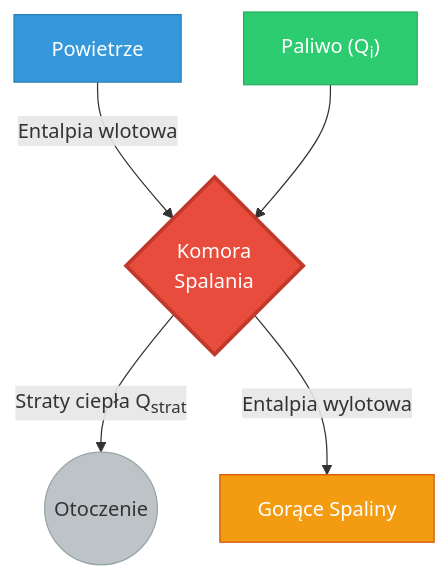
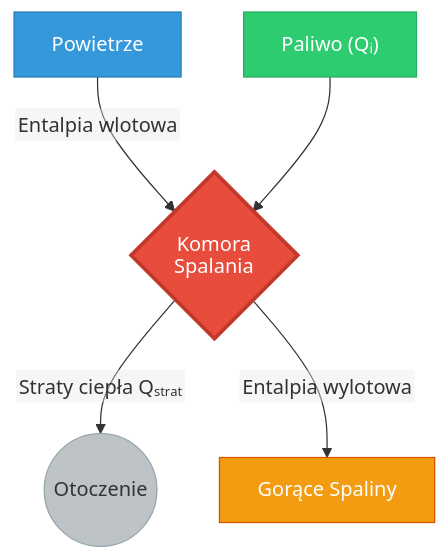
One commit to moondec/Termodynamika changed the second of 2 diagrams in Wyklady/03_I_Zasada_Otwarte.qmd. Above: the diagram before and after it, drawn with Mermaid. The commit also changed other lines of this file and 84 other files, not shown here.

First line of the commit message:
Wykłady: diagramy mermaid bez ucinania i dopasowane do slajdów

````diff
--- a/Wyklady/03_I_Zasada_Otwarte.qmd
+++ b/Wyklady/03_I_Zasada_Otwarte.qmd
@@ -455,14 +458,15 @@
 ```{mermaid}
+%%{init: {'theme': 'default', 'htmlLabels': false, 'flowchart': {'htmlLabels': false, 'wrappingWidth': 400, 'subGraphTitleMargin': {'top': 6, 'bottom': 16}}, 'themeVariables': {'fontSize': '16px', 'fontFamily': 'Arial, Helvetica, sans-serif'}}}%%
 flowchart TB
     A["Powietrze"] -->|Entalpia wlotowa| C
-    B["Paliwo (Q<sub>i</sub>)"] --> C{"Komora<br>Spalania"}
+    B["Paliwo (Qᵢ)"] --> C{"Komora<br>Spalania"}
     
-    C -->|"Straty ciepła Q<sub>strat</sub>"| D((Otoczenie))
+    C -->|"Straty ciepła Qₛₜᵣₐₜ"| D((Otoczenie))
     C -->|Entalpia wylotowa| E["Gorące Spaliny"]
 
     style C fill:#e74c3c,stroke:#c0392b,stroke-width:3px,color:#fff
     style A fill:#3498db,stroke:#2980b9,color:#fff
     style B fill:#2ecc71,stroke:#27ae60,color:#fff
     style E fill:#f39c12,stroke:#d35400,color:#fff
     style D fill:#bdc3c7,stroke:#95a5a6
 ```
````
